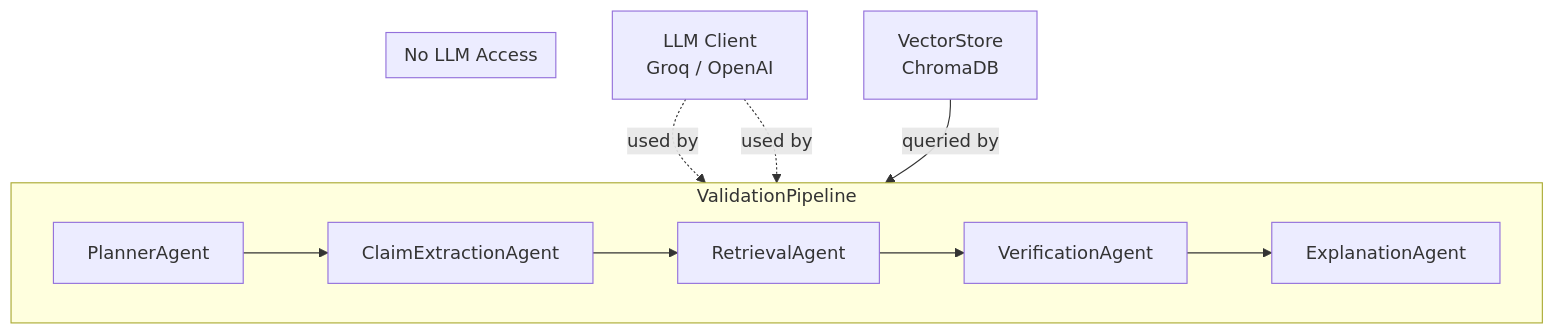
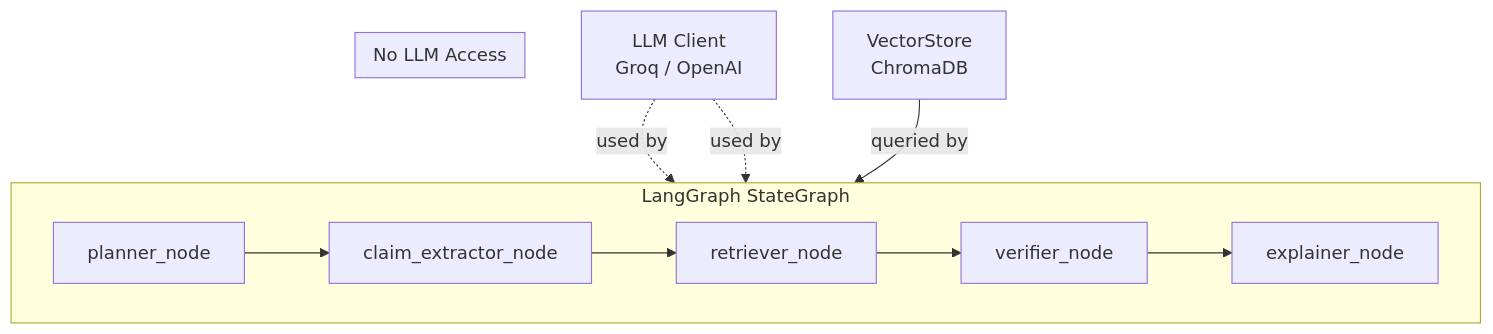
The third of 3 diagrams in backend/ai_engine/README.md (chandan112307/evilearn-2), drawn with Mermaid before and after one commit. The commit also changed other lines of this file and 9 other files, not shown here.

First line of the commit message:
Rewrite AI engine as graph-native LangGraph system: delete agent classes, implement all agents as pure-function graph nodes

````diff
--- a/backend/ai_engine/README.md
+++ b/backend/ai_engine/README.md
@@ -225,20 +240,20 @@
 ```mermaid
 graph TB
-    subgraph "ValidationPipeline"
+    subgraph "LangGraph StateGraph"
         direction LR
-        P[PlannerAgent] --> CE[ClaimExtractionAgent]
-        CE --> RA[RetrievalAgent]
-        RA --> VA[VerificationAgent]
-        VA --> EA[ExplanationAgent]
+        P[planner_node] --> CE[claim_extractor_node]
+        CE --> RN[retriever_node]
+        RN --> VN[verifier_node]
+        VN --> EN[explainer_node]
     end
 
     LLM[LLM Client<br/>Groq / OpenAI] -.->|used by| CE
-    LLM -.->|used by| EA
-    VS[VectorStore<br/>ChromaDB] -->|queried by| RA
+    LLM -.->|used by| EN
+    VS[VectorStore<br/>ChromaDB] -->|queried by| RN
 
     subgraph "No LLM Access"
         P
-        RA
-        VA
+        RN
+        VN
     end
 ```
````
